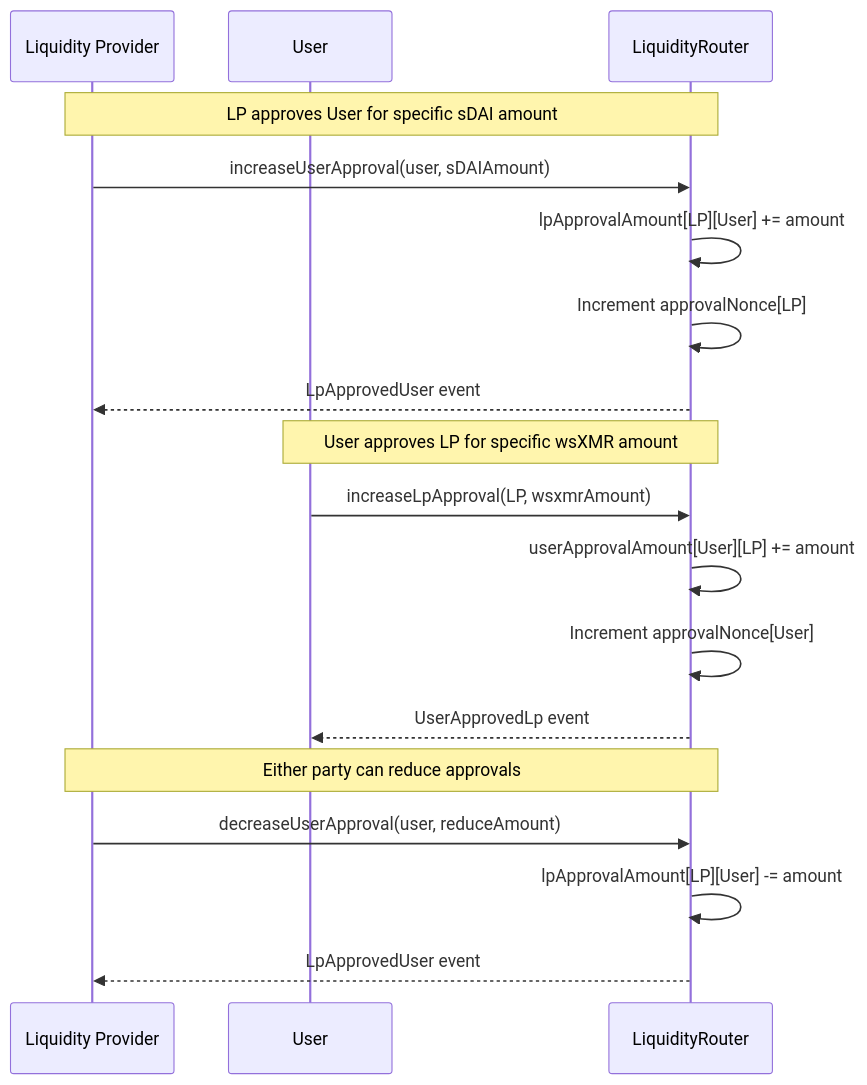
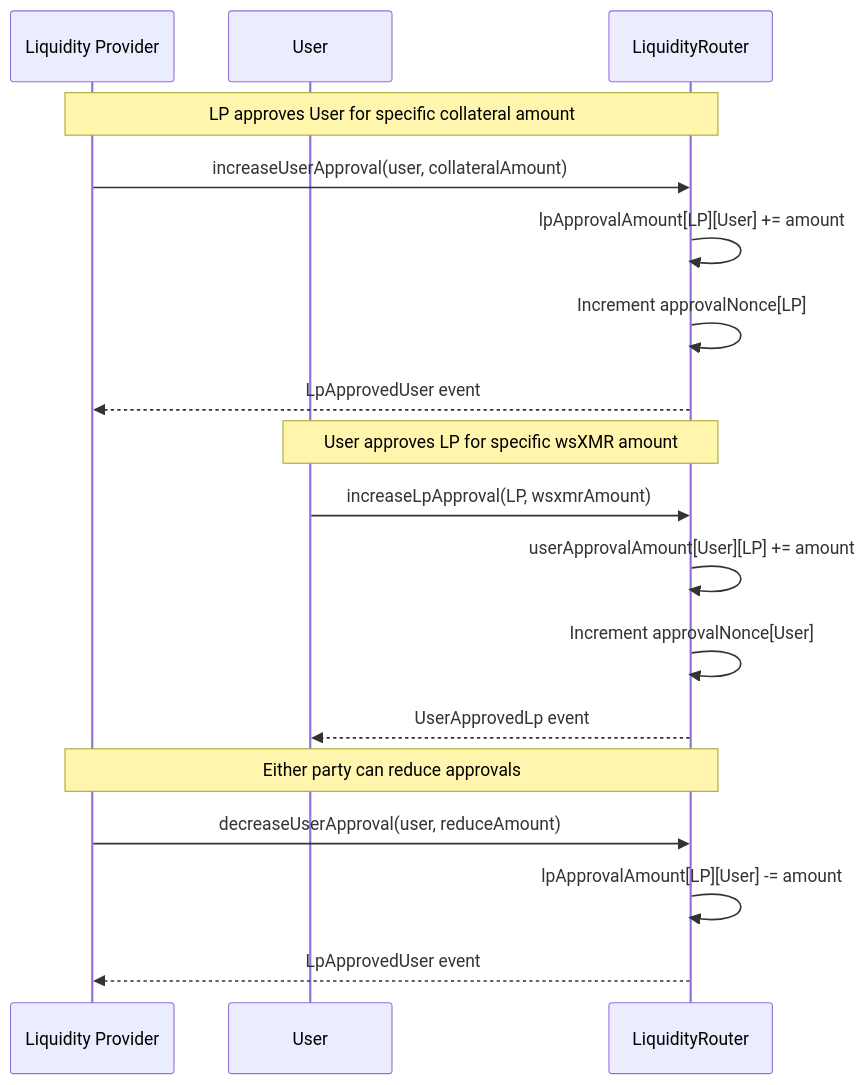
The fifth of 27 diagrams in docs/sequenceDiagrams.md (madschristensen99/wrapsynth), drawn with Mermaid before and after one commit. The commit also changed other lines of this file and 1 other file, not shown here.

First line of the commit message:
Fix Mermaid parse errors + generalize docs to chain-agnostic terms

````diff
--- a/docs/sequenceDiagrams.md
+++ b/docs/sequenceDiagrams.md
@@ -202,23 +202,23 @@
 ```mermaid
 sequenceDiagram
     participant LP as Liquidity Provider
     participant User
     participant Router as LiquidityRouter
 
-    Note over LP,Router: LP approves User for specific sDAI amount
-    LP->>Router: increaseUserApproval(user, sDAIAmount)
+    Note over LP,Router: LP approves User for specific collateral amount
+    LP->>Router: increaseUserApproval(user, collateralAmount)
     Router->>Router: lpApprovalAmount[LP][User] += amount
     Router->>Router: Increment approvalNonce[LP]
     Router-->>LP: LpApprovedUser event
 
     Note over User,Router: User approves LP for specific wsXMR amount
     User->>Router: increaseLpApproval(LP, wsxmrAmount)
     Router->>Router: userApprovalAmount[User][LP] += amount
     Router->>Router: Increment approvalNonce[User]
     Router-->>User: UserApprovedLp event
 
     Note over LP,Router: Either party can reduce approvals
     LP->>Router: decreaseUserApproval(user, reduceAmount)
     Router->>Router: lpApprovalAmount[LP][User] -= amount
     Router-->>LP: LpApprovedUser event
 ```
````
